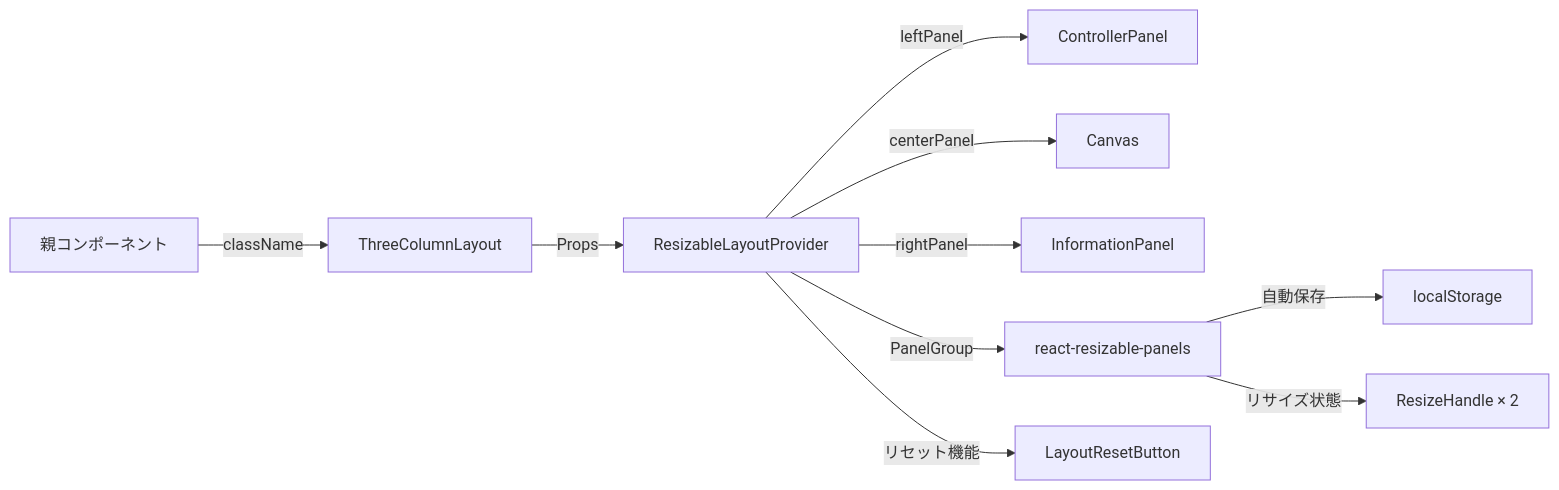
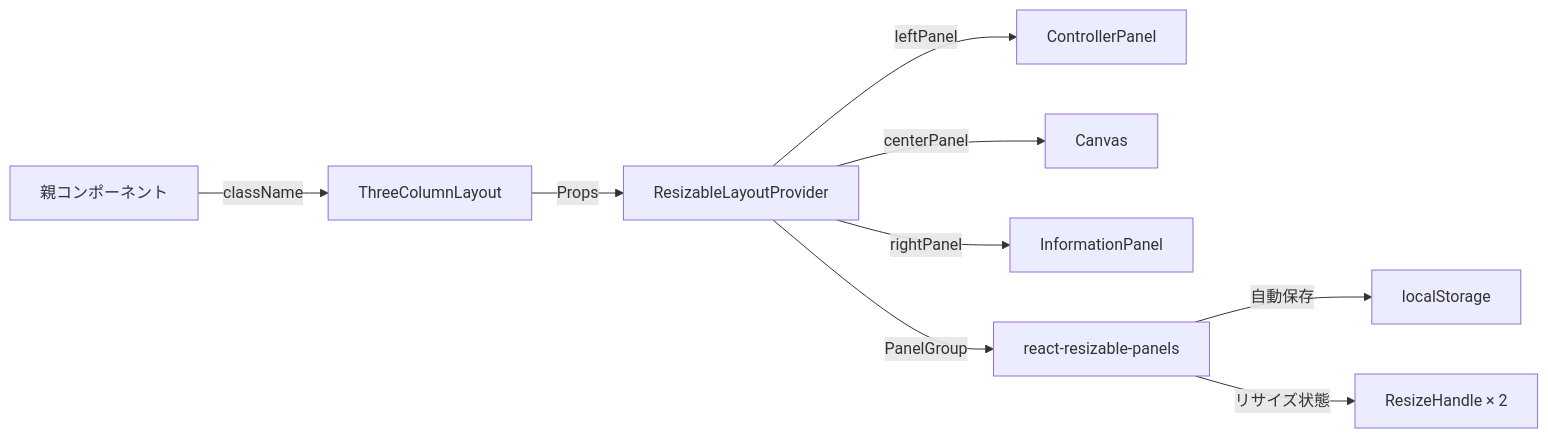
One commit to endo-ava/music-theory-app changed the second of 2 diagrams in src/components/layouts/ThreeColumnLayout/README.md. Above: the diagram before and after it, drawn with Mermaid. The commit also changed other lines of this file and 7 other files, not shown here.

First line of the commit message:
refactor: remove layout reset functionality for simplicity

````diff
--- a/src/components/layouts/ThreeColumnLayout/README.md
+++ b/src/components/layouts/ThreeColumnLayout/README.md
@@ -68,12 +65,11 @@
 ```mermaid
 flowchart LR
     A[親コンポーネント] -->|className| B[ThreeColumnLayout]
     B -->|Props| C[ResizableLayoutProvider]
     C -->|leftPanel| D[ControllerPanel]
     C -->|centerPanel| E[Canvas]
     C -->|rightPanel| F[InformationPanel]
     C -->|PanelGroup| G[react-resizable-panels]
     G -->|自動保存| H[localStorage]
     G -->|リサイズ状態| I[ResizeHandle × 2]
-    C -->|リセット機能| J[LayoutResetButton]
 ```
````
